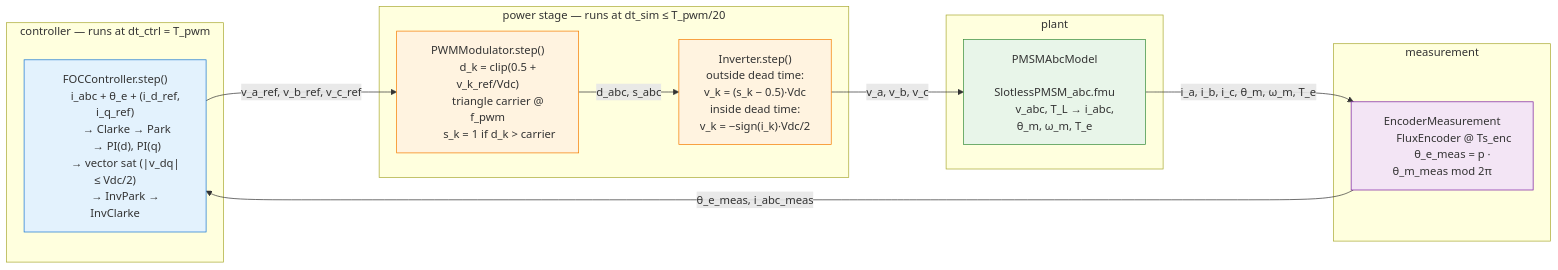
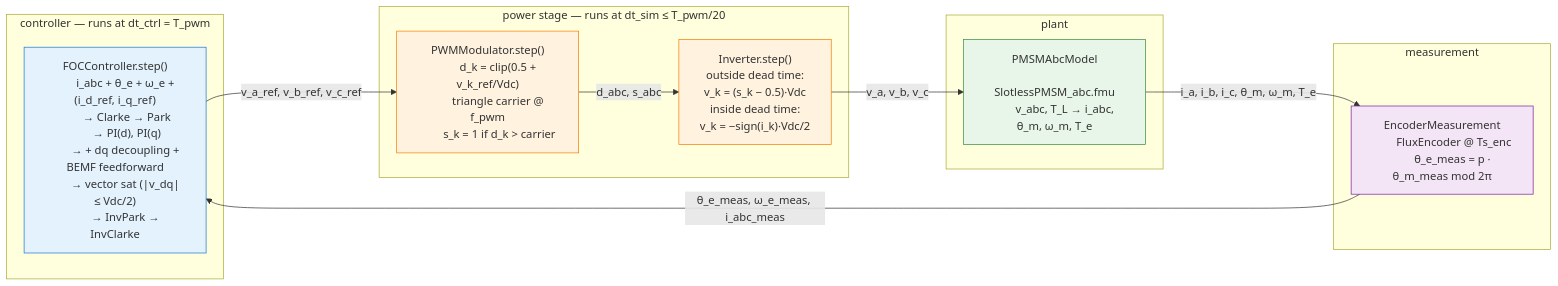
Before and after one commit to PhillipMaree/slimtorq-control: the first of 3 diagrams in README.md, drawn with Mermaid. The commit also changed other lines of this file and 13 other files, not shown here.

````diff
--- a/README.md
+++ b/README.md
@@ -14,50 +14,51 @@
 ```mermaid
 flowchart LR
     subgraph CTRL["controller — runs at dt_ctrl = T_pwm"]
         FOC["FOCController.step()
-        i_abc + θ_e + (i_d_ref, i_q_ref)
+        i_abc + θ_e + ω_e + (i_d_ref, i_q_ref)
         → Clarke → Park
         → PI(d), PI(q)
+        → + dq decoupling + BEMF feedforward
         → vector sat (|v_dq| ≤ Vdc/2)
         → InvPark → InvClarke"]
     end
 
     subgraph POW["power stage — runs at dt_sim ≤ T_pwm/20"]
         PWM["PWMModulator.step()
         d_k = clip(0.5 + v_k_ref/Vdc)
         triangle carrier @ f_pwm
         s_k = 1 if d_k > carrier"]
         INV["Inverter.step()
         outside dead time:
         v_k = (s_k − 0.5)·Vdc
         inside dead time:
         v_k = −sign(i_k)·Vdc/2"]
     end
 
     subgraph MTR["plant"]
         PMSM["PMSMAbcModel
         SlotlessPMSM_abc.fmu
         v_abc, T_L → i_abc, θ_m, ω_m, T_e"]
     end
 
     subgraph FBK["measurement"]
         ENC["EncoderMeasurement
         FluxEncoder @ Ts_enc
         θ_e_meas = p · θ_m_meas mod 2π"]
     end
 
     FOC -->|v_a_ref, v_b_ref, v_c_ref| PWM
     PWM -->|d_abc, s_abc| INV
     INV -->|v_a, v_b, v_c| PMSM
     PMSM -->|i_a, i_b, i_c, θ_m, ω_m, T_e| ENC
-    ENC -->|θ_e_meas, i_abc_meas| FOC
+    ENC -->|θ_e_meas, ω_e_meas, i_abc_meas| FOC
 
     classDef ctrl fill:#e3f2fd,stroke:#1976d2;
     classDef pow  fill:#fff3e0,stroke:#f57c00;
     classDef mtr  fill:#e8f5e9,stroke:#388e3c;
     classDef fbk  fill:#f3e5f5,stroke:#7b1fa2;
     class FOC ctrl
     class PWM,INV pow
     class PMSM mtr
     class ENC fbk
 ```
````
